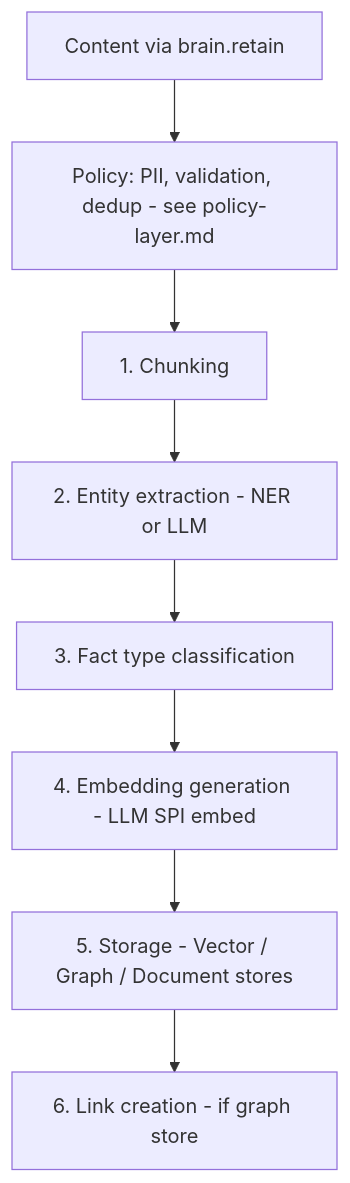
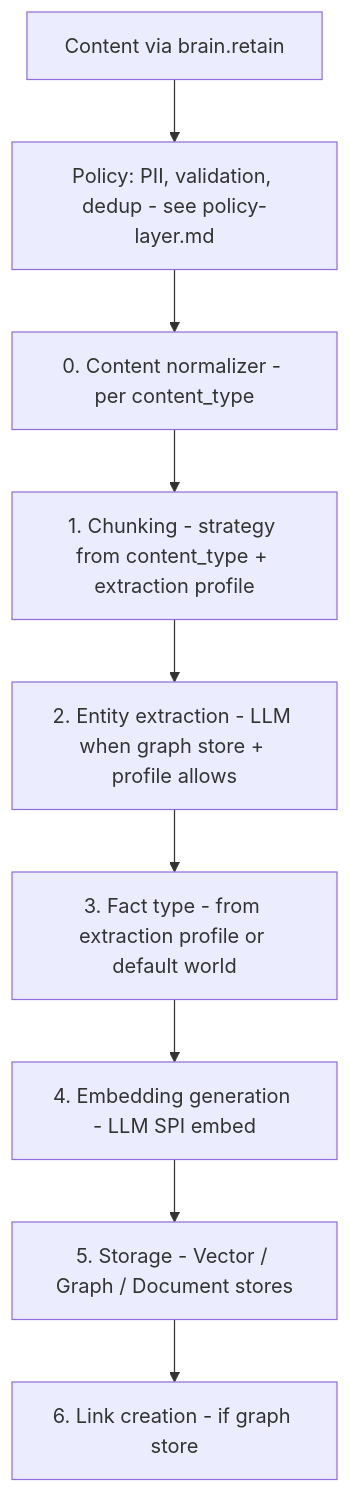
The first of 4 diagrams in docs/_design/built-in-pipeline.md (AstrocyteAI/astrocyte), drawn with Mermaid before and after one commit. The commit also changed other lines of this file and 18 other files, not shown here.

````diff
--- a/docs/_design/built-in-pipeline.md
+++ b/docs/_design/built-in-pipeline.md
@@ -25,10 +27,11 @@
 ```mermaid
 flowchart TD
   IN[Content via brain.retain] --> POL[Policy: PII, validation, dedup - see policy-layer.md]
-  POL --> S1[1. Chunking]
-  S1 --> S2[2. Entity extraction - NER or LLM]
-  S2 --> S3[3. Fact type classification]
+  POL --> N0[0. Content normalizer - per content_type]
+  N0 --> S1[1. Chunking - strategy from content_type + extraction profile]
+  S1 --> S2[2. Entity extraction - LLM when graph store + profile allows]
+  S2 --> S3[3. Fact type - from extraction profile or default world]
   S3 --> S4[4. Embedding generation - LLM SPI embed]
   S4 --> S5[5. Storage - Vector / Graph / Document stores]
   S5 --> S6[6. Link creation - if graph store]
 ```
````
